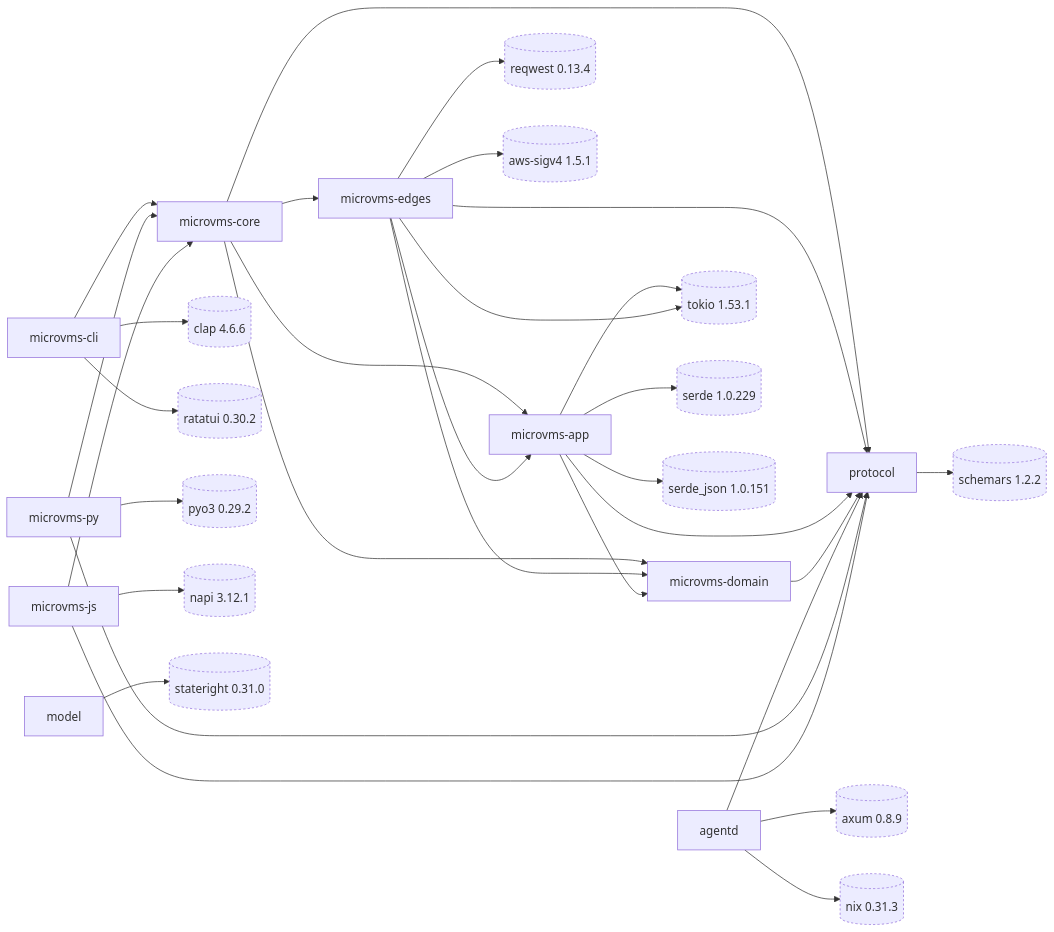
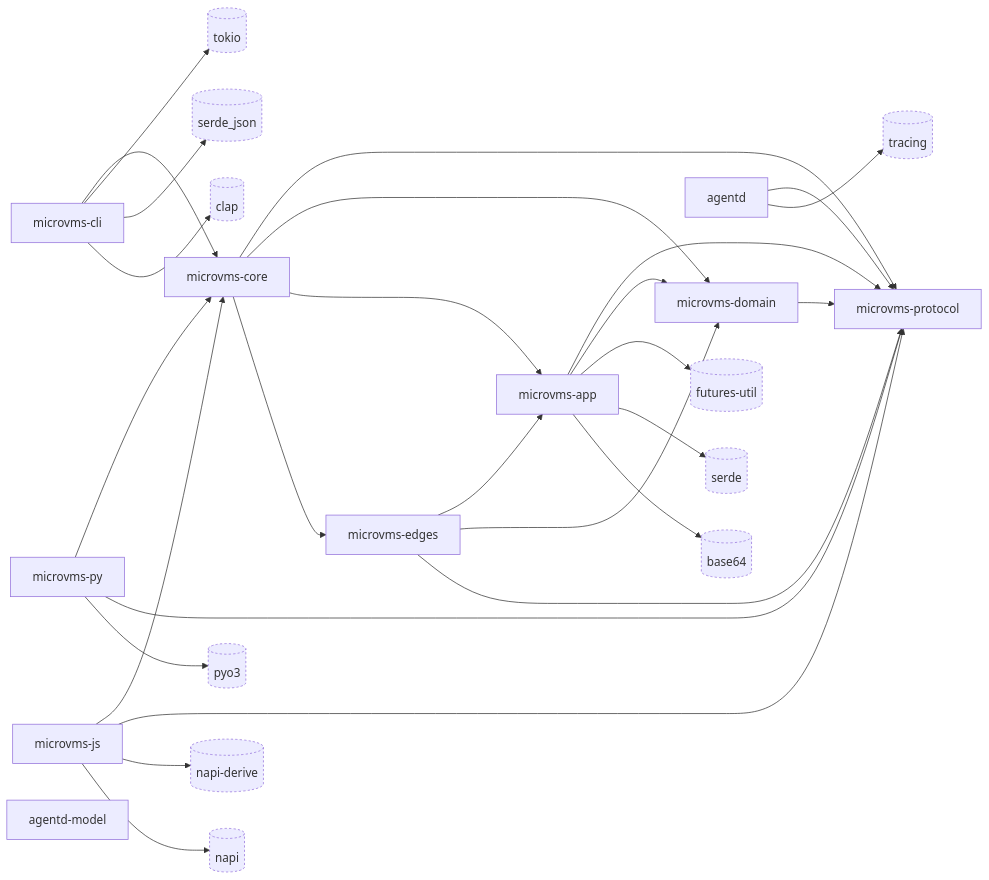
One commit to laithalsaadoon/microvms-agentd changed the diagram in docs/diagrams/structural/dependency-graph.md. Above: the diagram before and after it, drawn with Mermaid. The commit also changed other lines of this file and 19 other files, not shown here.

````diff
--- a/docs/diagrams/structural/dependency-graph.md
+++ b/docs/diagrams/structural/dependency-graph.md
@@ -10,61 +21,54 @@
 ```mermaid
 flowchart LR
     cli[microvms-cli]
     core[microvms-core]
     app[microvms-app]
     edges[microvms-edges]
     domain[microvms-domain]
-    protocol[protocol]
+    protocol[microvms-protocol]
     agentd[agentd]
     py[microvms-py]
     js[microvms-js]
-    model[model]
+    model[agentd-model]
 
-    tokio[(tokio 1.53.1)]:::external
-    serde[(serde 1.0.229)]:::external
-    serdejson[(serde_json 1.0.151)]:::external
-    schemars[(schemars 1.2.2)]:::external
-    axum[(axum 0.8.9)]:::external
-    nix[(nix 0.31.3)]:::external
-    reqwest[(reqwest 0.13.4)]:::external
-    sigv4[(aws-sigv4 1.5.1)]:::external
-    clap[(clap 4.6.6)]:::external
-    ratatui[(ratatui 0.30.2)]:::external
-    pyo3[(pyo3 0.29.2)]:::external
-    napi[(napi 3.12.1)]:::external
-    stateright[(stateright 0.31.0)]:::external
+    ext_tokio[(tokio)]:::external
+    ext_serde_json[(serde_json)]:::external
+    ext_clap[(clap)]:::external
+    ext_pyo3[(pyo3)]:::external
+    ext_futures_util[(futures-util)]:::external
+    ext_serde[(serde)]:::external
+    ext_napi_derive[(napi-derive)]:::external
+    ext_base64[(base64)]:::external
+    ext_napi[(napi)]:::external
+    ext_tracing[(tracing)]:::external
 
+    agentd --> protocol
+    app --> protocol
+    app --> domain
     cli --> core
+    core --> protocol
+    core --> domain
     core --> app
     core --> edges
-    core --> domain
-    core --> protocol
+    domain --> protocol
     edges --> app
     edges --> domain
     edges --> protocol
-    app --> domain
-    app --> protocol
-    domain --> protocol
-    agentd --> protocol
+    js --> core
+    js --> protocol
     py --> core
     py --> protocol
-    js --> core
-    js --> protocol
 
-    app --> tokio
-    app --> serde
-    app --> serdejson
-    edges --> tokio
-    edges --> reqwest
-    edges --> sigv4
-    protocol --> schemars
-    agentd --> axum
-    agentd --> nix
-    cli --> clap
-    cli --> ratatui
-    py --> pyo3
-    js --> napi
-    model --> stateright
+    cli --> ext_tokio
+    cli --> ext_serde_json
+    cli --> ext_clap
+    py --> ext_pyo3
+    app --> ext_futures_util
+    app --> ext_serde
+    js --> ext_napi_derive
+    app --> ext_base64
+    js --> ext_napi
+    agentd --> ext_tracing
 
     classDef external stroke-dasharray: 3 3
 ```
````
